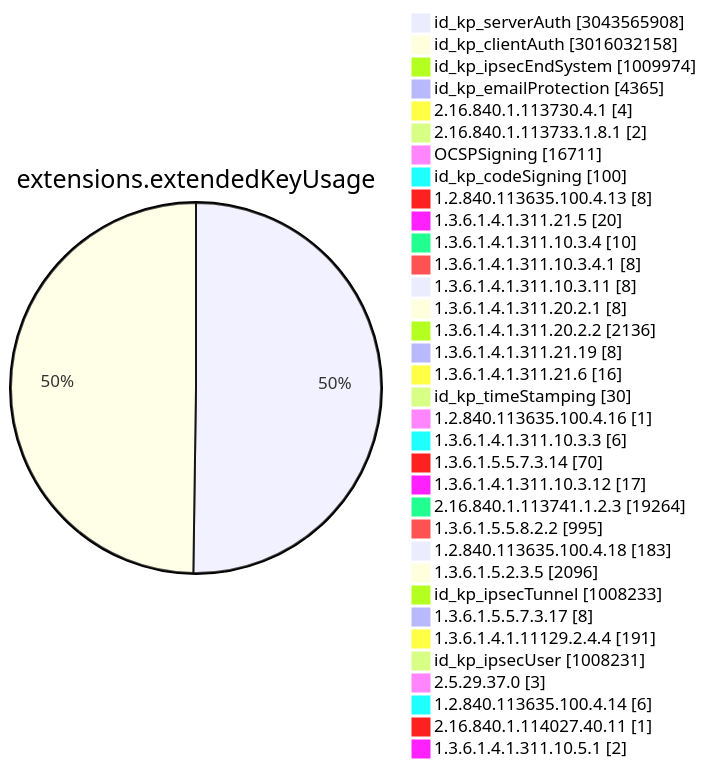
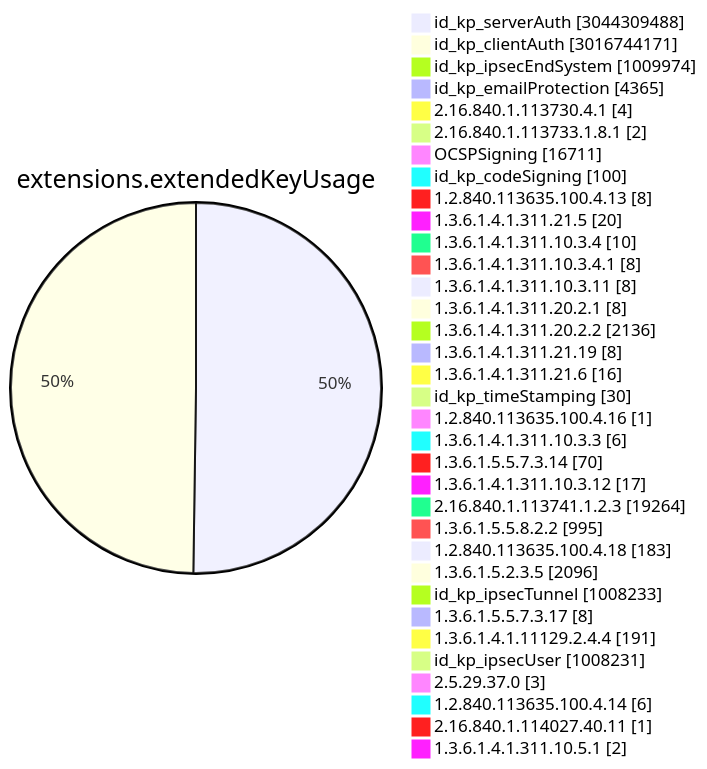
One commit to christiankrug/ctmonitor_visualization changed diagram 11 of 15 in TOTAL/README.md. Above: the diagram before and after it, drawn with Mermaid. The commit also changed other lines of this file, not shown here.

````diff
--- a/TOTAL/README.md
+++ b/TOTAL/README.md
@@ -4116,38 +4116,38 @@
 ```mermaid
 pie showData
 title extensions.extendedKeyUsage
-"id_kp_serverAuth" :3043565908
-"id_kp_clientAuth" :3016032158
+"id_kp_serverAuth" :3044309488
+"id_kp_clientAuth" :3016744171
 "id_kp_ipsecEndSystem" :1009974
 "id_kp_emailProtection" :4365
 "2.16.840.1.113730.4.1" :4
 "2.16.840.1.113733.1.8.1" :2
 "OCSPSigning" :16711
 "id_kp_codeSigning" :100
 "1.2.840.113635.100.4.13" :8
 "1.3.6.1.4.1.311.21.5" :20
 "1.3.6.1.4.1.311.10.3.4" :10
 "1.3.6.1.4.1.311.10.3.4.1" :8
 "1.3.6.1.4.1.311.10.3.11" :8
 "1.3.6.1.4.1.311.20.2.1" :8
 "1.3.6.1.4.1.311.20.2.2" :2136
 "1.3.6.1.4.1.311.21.19" :8
 "1.3.6.1.4.1.311.21.6" :16
 "id_kp_timeStamping" :30
 "1.2.840.113635.100.4.16" :1
 "1.3.6.1.4.1.311.10.3.3" :6
 "1.3.6.1.5.5.7.3.14" :70
 "1.3.6.1.4.1.311.10.3.12" :17
 "2.16.840.1.113741.1.2.3" :19264
 "1.3.6.1.5.5.8.2.2" :995
 "1.2.840.113635.100.4.18" :183
 "1.3.6.1.5.2.3.5" :2096
 "id_kp_ipsecTunnel" :1008233
 "1.3.6.1.5.5.7.3.17" :8
 "1.3.6.1.4.1.11129.2.4.4" :191
 "id_kp_ipsecUser" :1008231
 "2.5.29.37.0" :3
 "1.2.840.113635.100.4.14" :6
 "2.16.840.1.114027.40.11" :1
 "1.3.6.1.4.1.311.10.5.1" :2
 ```
````
